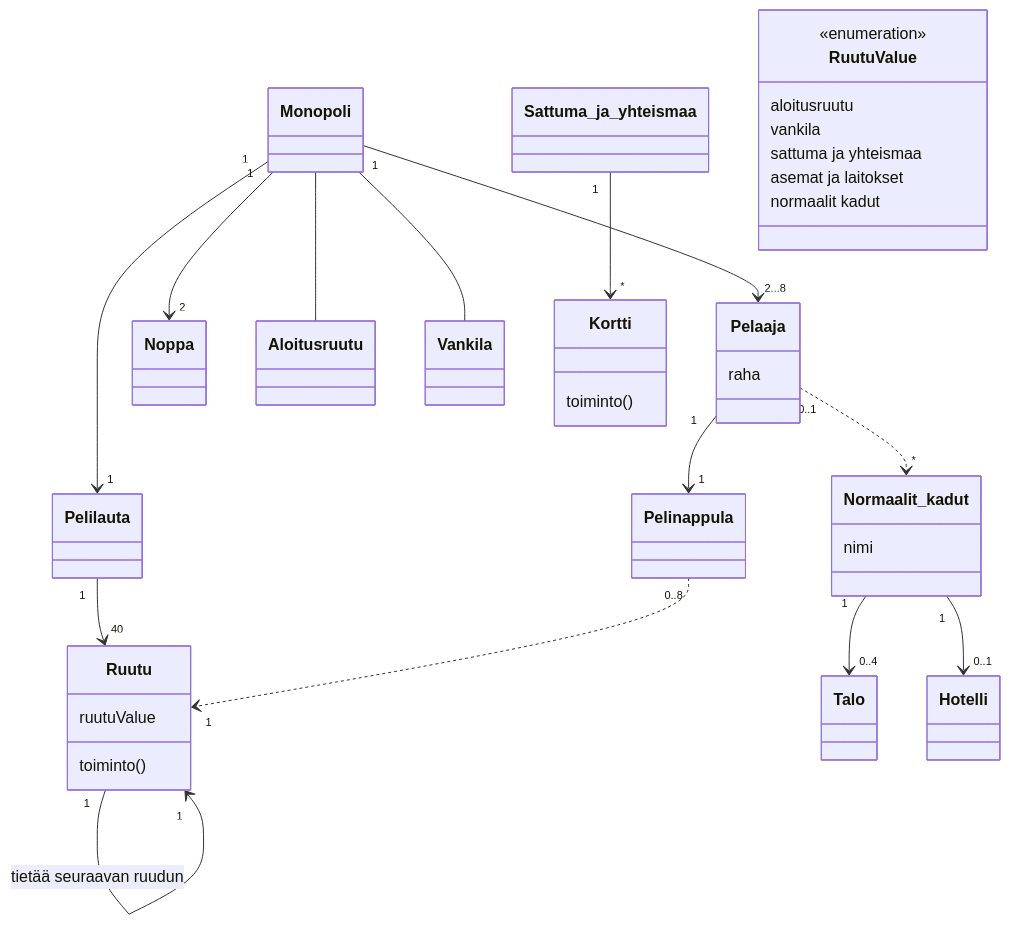
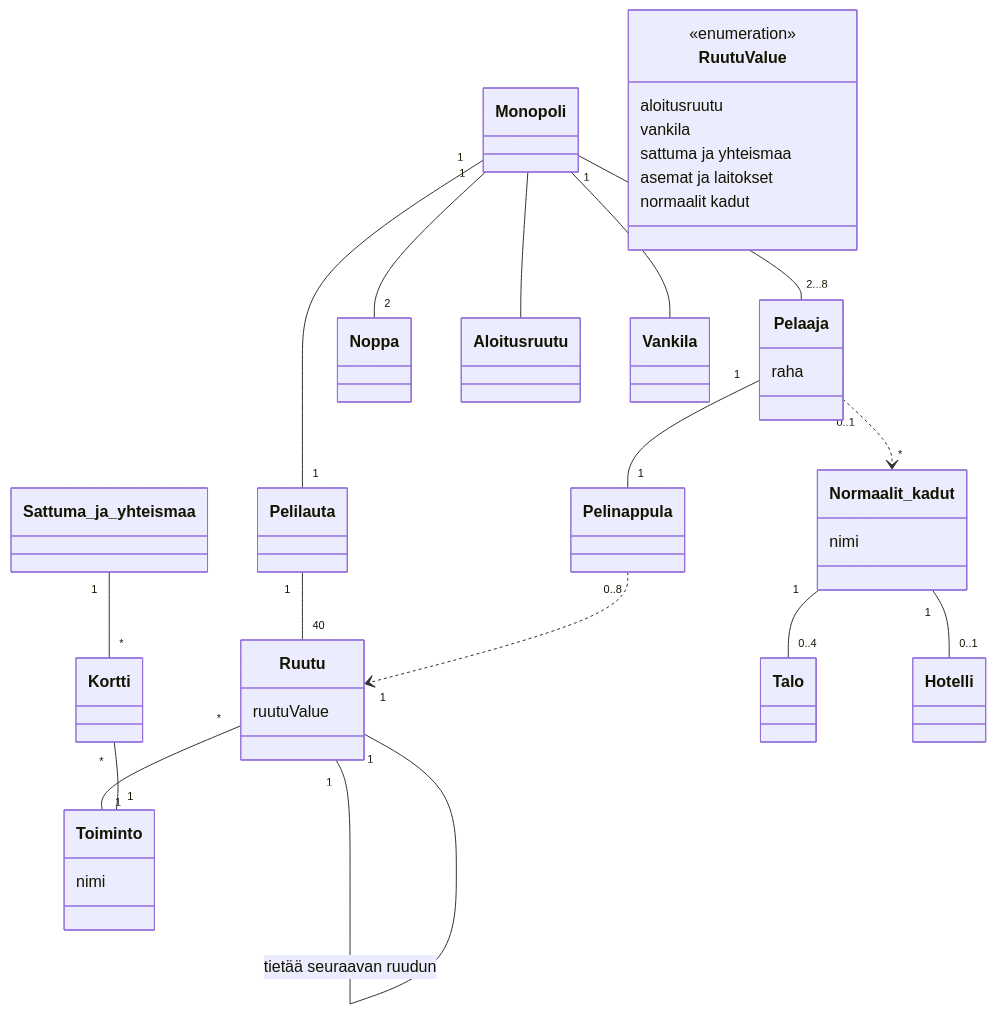
Before and after one commit to jnnhan/ot-harjoitustyo: the diagram in laskarit/viikko3/laajennettu_monopoli.md, drawn with Mermaid.

````diff
--- a/laskarit/viikko3/laajennettu_monopoli.md
+++ b/laskarit/viikko3/laajennettu_monopoli.md
@@ -2,55 +2,58 @@
 ```mermaid
  classDiagram
-      Monopoli "1" --> "2...8" Pelaaja
-      Monopoli "1" --> "2" Noppa
-      Monopoli "1" --> "1" Pelilauta
-      Pelilauta "1" --> "40" Ruutu
-      Pelaaja "1" --> "1" Pelinappula
+      Monopoli "1" -- "2...8" Pelaaja
+      Monopoli "1" -- "2" Noppa
+      Monopoli "1" -- "1" Pelilauta
+      Pelilauta "1" -- "40" Ruutu
+      Pelaaja "1" -- "1" Pelinappula
       Pelinappula "0..8" ..> "1" Ruutu
-      Ruutu "1" --> "1" Ruutu: tietää seuraavan ruudun
+      Ruutu "1" -- "1" Ruutu: tietää seuraavan ruudun
       Monopoli -- Aloitusruutu
       Monopoli -- Vankila
-      Sattuma_ja_yhteismaa "1" --> "*" Kortti
+      Sattuma_ja_yhteismaa "1" -- "*" Kortti
       Pelaaja "0..1" ..> "*" Normaalit_kadut
-      Normaalit_kadut "1" --> "0..4" Talo
-      Normaalit_kadut "1" --> "0..1" Hotelli
+      Normaalit_kadut "1" -- "0..4" Talo
+      Normaalit_kadut "1" -- "0..1" Hotelli
+      Ruutu "*" -- "1" Toiminto
+      Kortti "*" -- "1" Toiminto
       class Monopoli{
       }
       class Noppa{
       }
       class Pelaaja{
         raha
       }
       class Pelinappula {
       }
       class Pelilauta {
       }
+      class Toiminto {
+        nimi
+      }
       class RuutuValue{
         <<enumeration>>
         aloitusruutu
         vankila
         sattuma ja yhteismaa
         asemat ja laitokset
         normaalit kadut
       }
       class Ruutu {
         ruutuValue
-        toiminto()
       }
       class Aloitusruutu {
       }
       class Vankila {
       }
       class Sattuma_ja_yhteismaa {
       }
       class Normaalit_kadut {
         nimi
       }
       class Kortti {
-        toiminto()
       }
       class Talo {
       }
       class Hotelli {
       }
 ```
````
